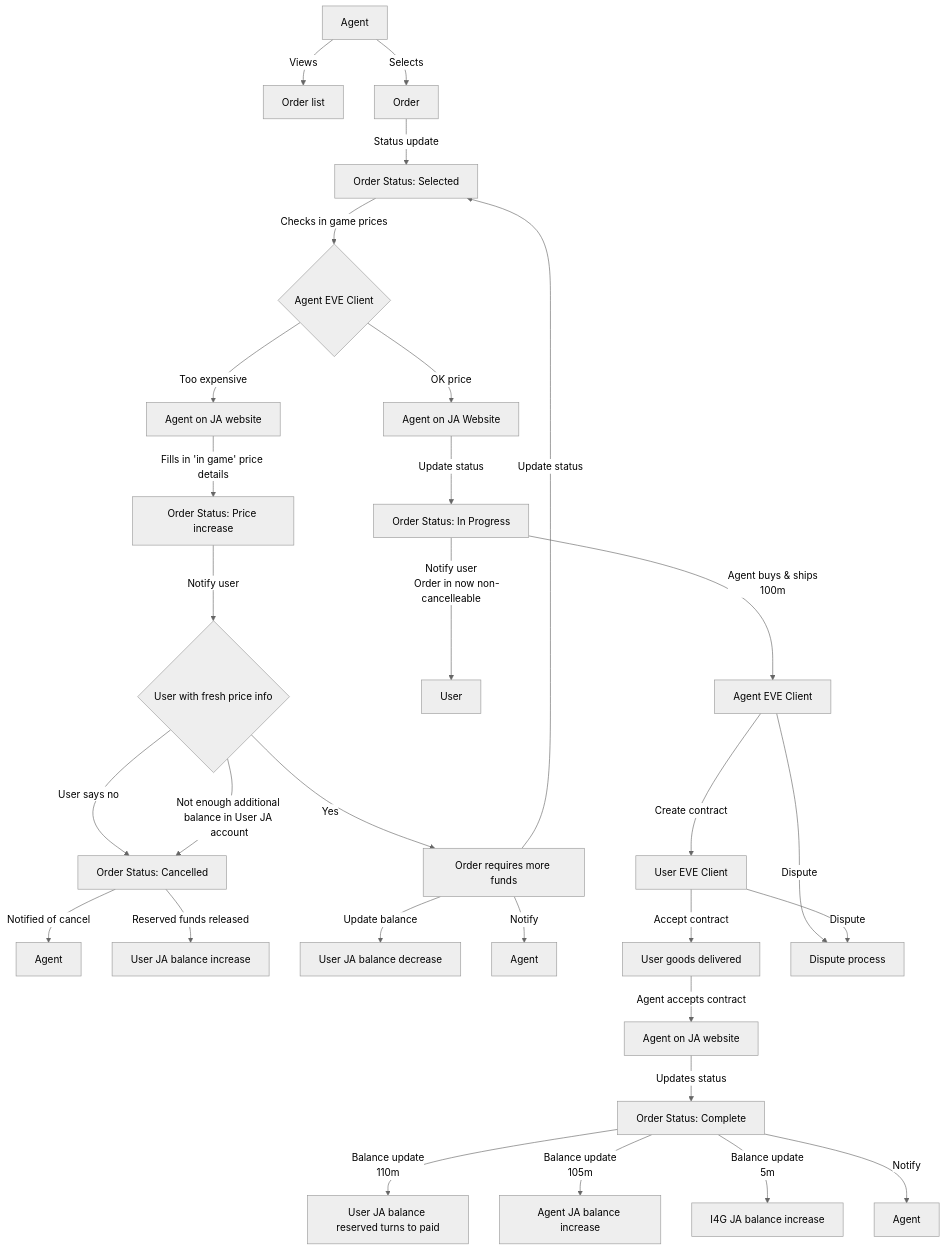
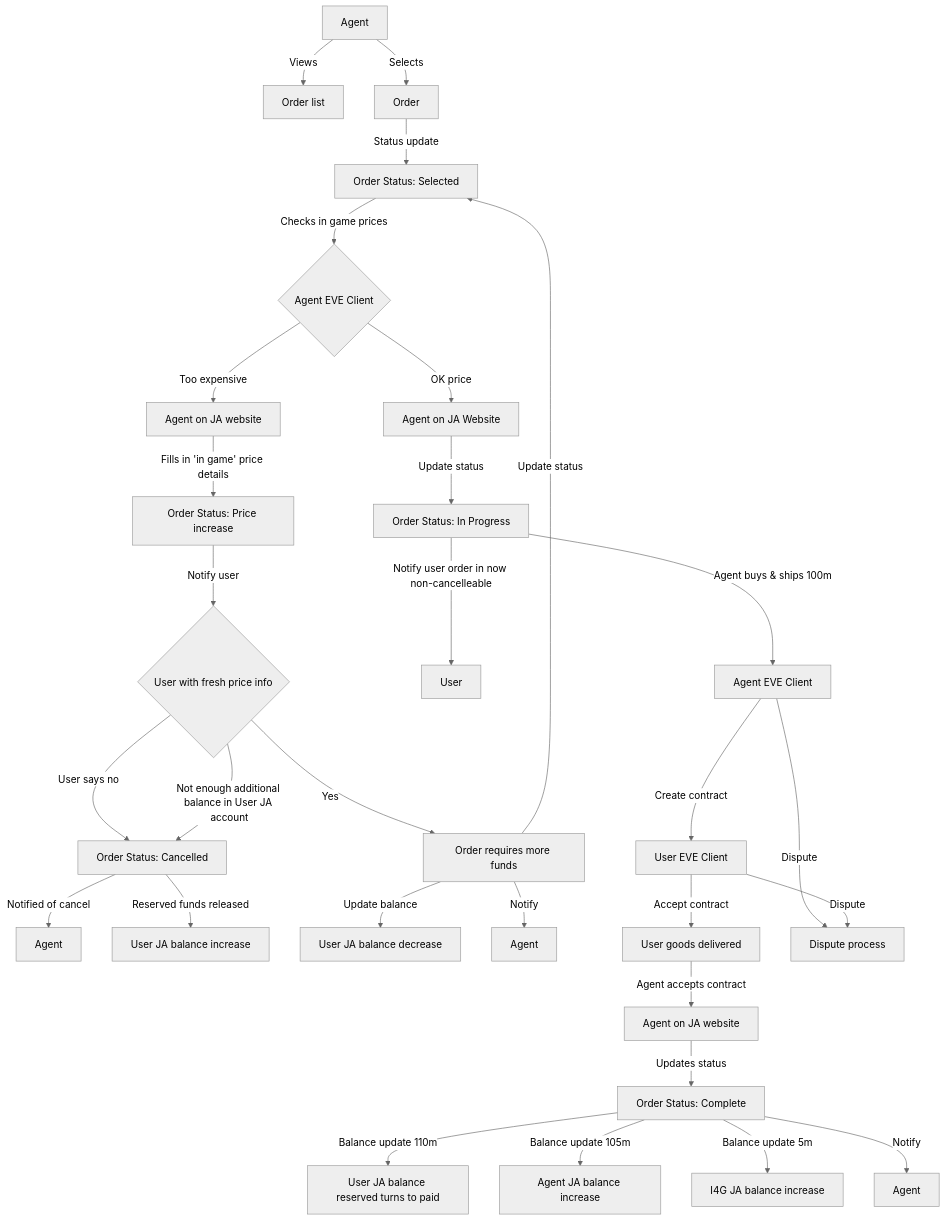
Before and after one commit to dangarfield/eve-jita-anywhere: the third of 4 diagrams in README.md, drawn with Mermaid (neutral theme). The commit also changed other lines of this file, not shown here.

Commit message:
flowchart 2

````diff
--- a/README.md
+++ b/README.md
@@ -33,43 +32,38 @@
 ```mermaid
 flowchart TD
 
     c1[Agent] -- Views --> c2[Order list];
     c1[Agent] -- Selects --> c3[Order];
     c3 -- Status update --> c4[Order Status: Selected];
     c4 -- Checks in game prices --> c5{Agent EVE Client};
     c5 -- Too expensive --> c6[Agent on JA website];
     c6 -- Fills in 'in game' price details --> c8[Order Status: Price increase];
     c8 -- Notify user --> c9{User with fresh price info};
 
     c9 -- User says no --> c10[Order Status: Cancelled];
     c9 -- Not enough additional balance in User JA account  --> c10;
     c9 -- Yes --> c12[Order requires more funds];
 
     c10 -- Notified of cancel --> c11[Agent];
     c10 -- Reserved funds released --> c13[User JA balance increase];
 
     c12 -- Update balance --> c14[User JA balance decrease];
     c12 -- Update status --> c4;
     c12 -- Notify --> c12a[Agent];
     c5 -- OK price --> c7[Agent on JA Website];
     c7 -- Update status --> c15[Order Status: In Progress];
-    c15 -- Notify user
-    Order in now non-cancelleable  --> c15a[User];
-    c15 -- Agent buys & ships 
-    100m --> c16[Agent EVE Client];
+    c15 -- Notify user order in now non-cancelleable  --> c15a[User];
+    c15 -- Agent buys & ships 100m --> c16[Agent EVE Client];
     c16 -- Create contract --> c17[User EVE Client];
     c17 -- Accept contract --> c18[User goods delivered];
     c18 -- Agent accepts contract --> c19[Agent on JA website];
     c19 -- Updates status --> c20[Order Status: Complete];
-    c20 -- Balance update 
-    110m --> c21[User JA balance reserved turns to paid];
-    c20 -- Balance update 
-    105m --> c22[Agent JA balance increase];
-    c20 -- Balance update 
-    5m --> c23[I4G JA balance increase];
+    c20 -- Balance update 110m --> c21[User JA balance reserved turns to paid];
+    c20 -- Balance update 105m --> c22[Agent JA balance increase];
+    c20 -- Balance update 5m --> c23[I4G JA balance increase];
     c20 -- Notify --> c25[Agent]
 
     c16-- Dispute --> c24[Dispute process];
     c17 -- Dispute --> c24;
 
 ```
````
